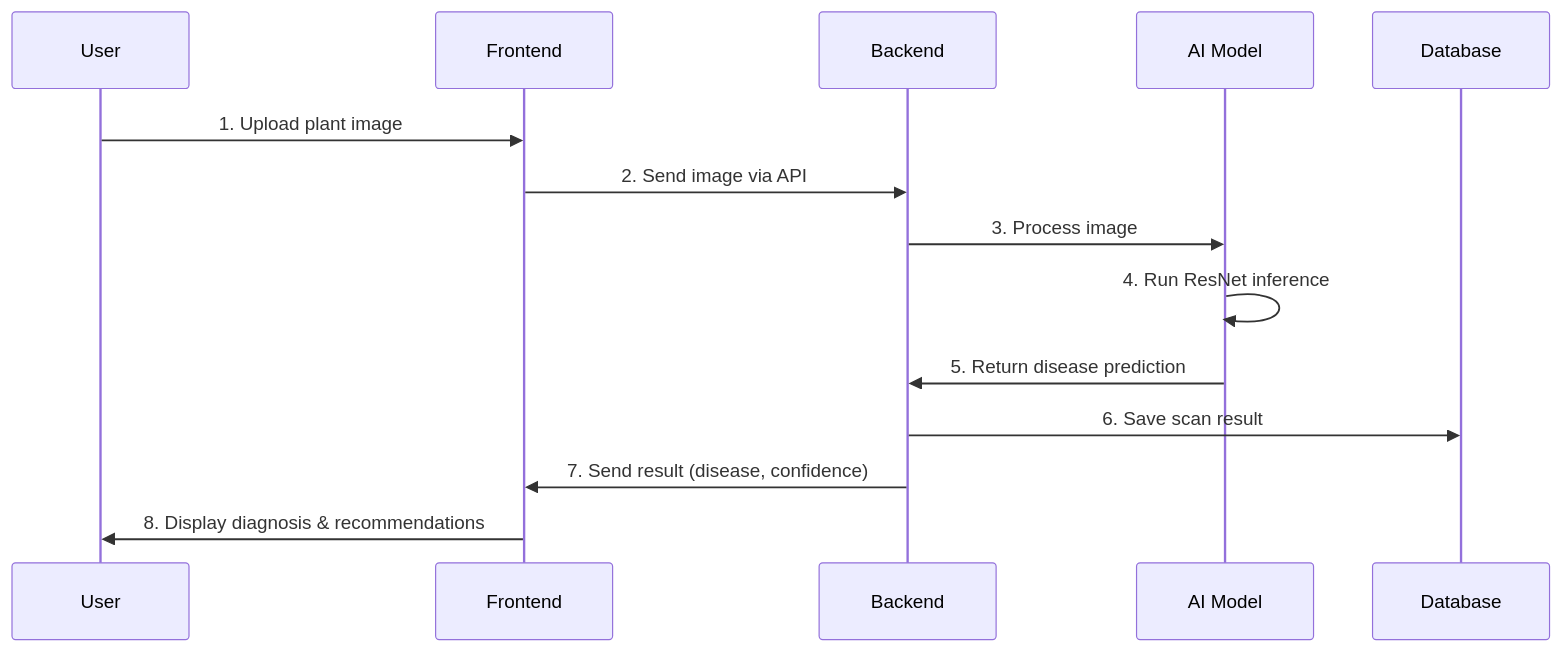
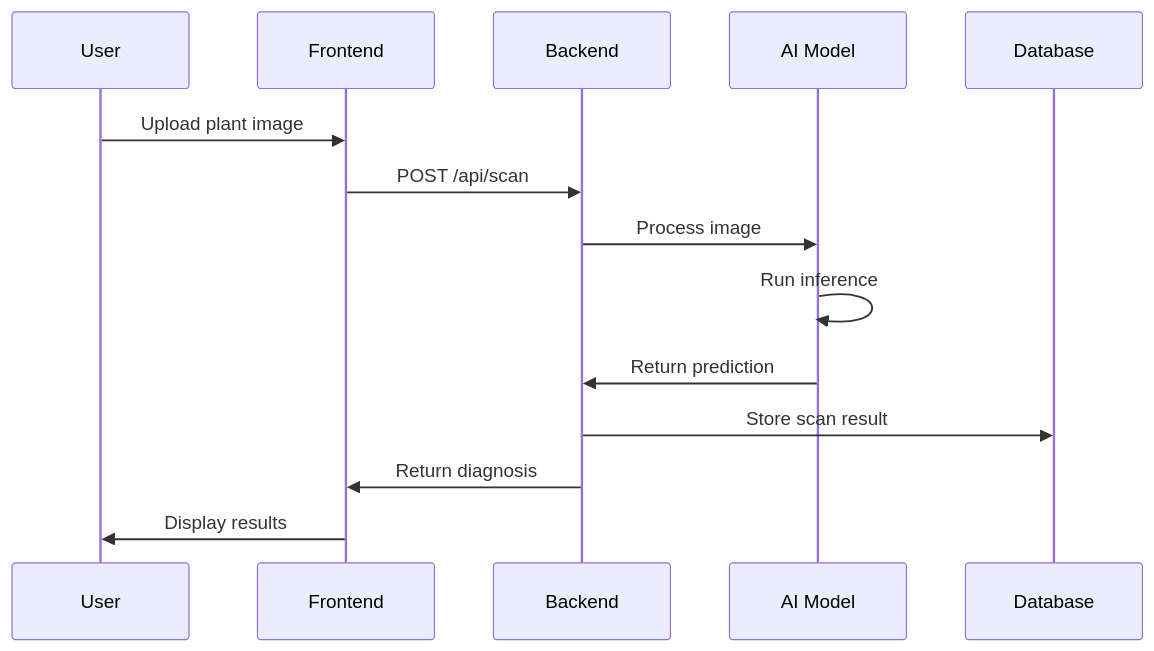
The second of 4 diagrams in README.md (chandu1234678/AgroSight), drawn with Mermaid before and after one commit. The commit also changed other lines of this file, not shown here.

````diff
--- a/README.md
+++ b/README.md
@@ -68,17 +72,17 @@
 ```mermaid
 sequenceDiagram
     participant User
     participant Frontend
     participant Backend
     participant AI Model
     participant Database
     
-    User->>Frontend: 1. Upload plant image
-    Frontend->>Backend: 2. Send image via API
-    Backend->>AI Model: 3. Process image
-    AI Model->>AI Model: 4. Run ResNet inference
-    AI Model->>Backend: 5. Return disease prediction
-    Backend->>Database: 6. Save scan result
-    Backend->>Frontend: 7. Send result (disease, confidence)
-    Frontend->>User: 8. Display diagnosis & recommendations
+    User->>Frontend: Upload plant image
+    Frontend->>Backend: POST /api/scan
+    Backend->>AI Model: Process image
+    AI Model->>AI Model: Run inference
+    AI Model->>Backend: Return prediction
+    Backend->>Database: Store scan result
+    Backend->>Frontend: Return diagnosis
+    Frontend->>User: Display results
 ```
````
